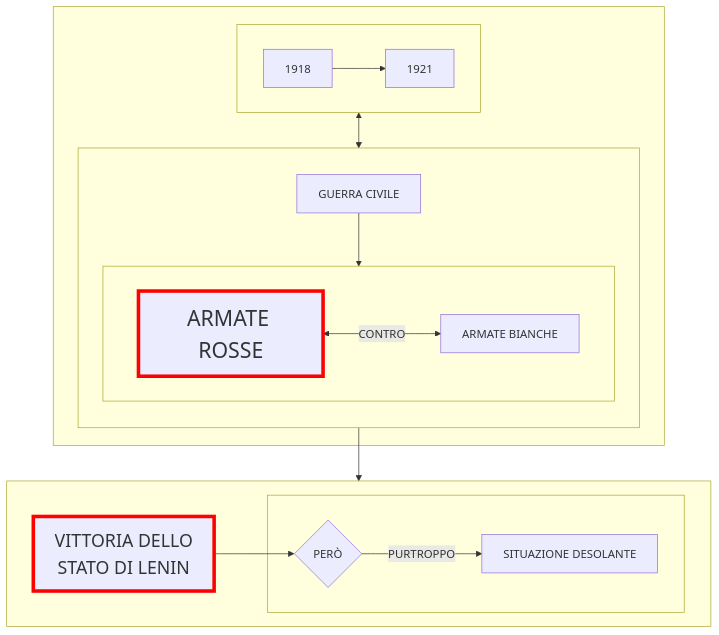
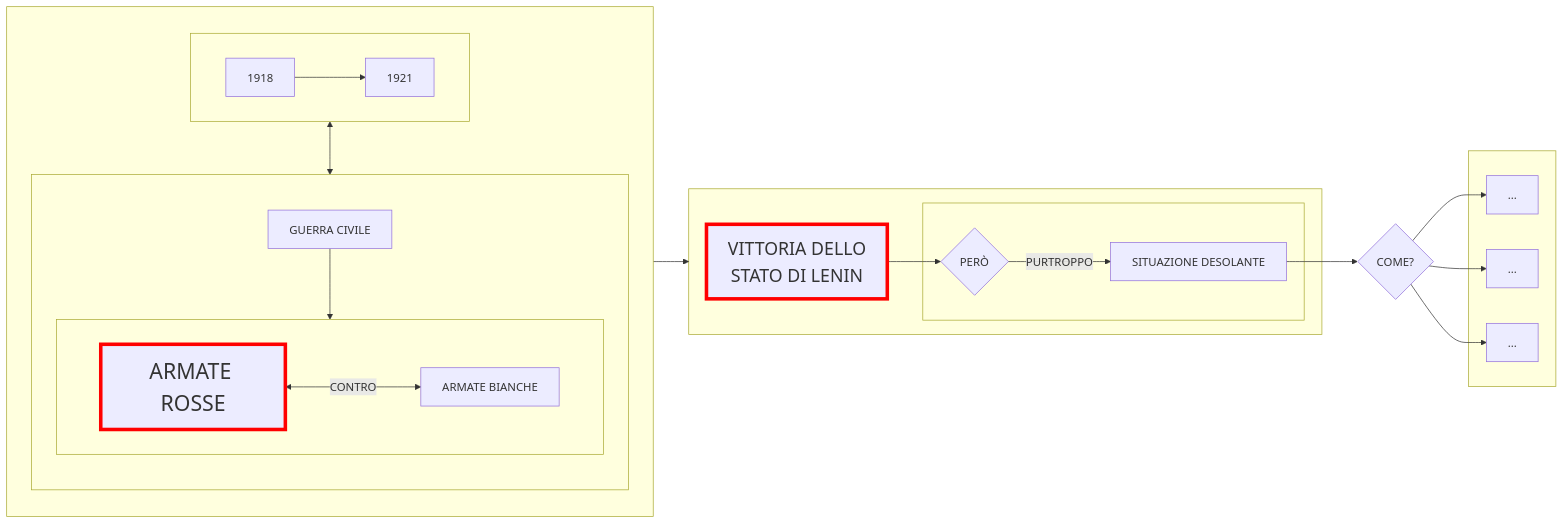
The diagram in prova.md (Laaouatni/ricerca-storia-MermaidJS), drawn with Mermaid before and after one commit.

````diff
--- a/prova.md
+++ b/prova.md
@@ -1,36 +1,47 @@
 ```mermaid
-flowchart TB;
+flowchart LR;
   subgraph 0[" "]
+    direction TB;
     subgraph 01[" "]
       direction LR;
       010[1918]
       011[1921]
       010 --> 011
     end
     01 <--> 02
 
     subgraph 02[" "]
       direction TB;
       020[GUERRA CIVILE]
       subgraph 021[" "]
         direction LR;
         0210[ARMATE ROSSE]
         style 0210 stroke:#ff0000,stroke-width:5px, font-size:30px;
         0211[ARMATE BIANCHE]
         0210 <-->|CONTRO| 0211
       end
       020 --> 021
     end
   end
 
   subgraph 3[" "]
     1[VITTORIA DELLO <BR> STATO DI LENIN]
     style 1 stroke:#ff0000,stroke-width:5px, font-size:25px;
     subgraph 30[" "]
       2{PERÒ}
       20[SITUAZIONE DESOLANTE]
     end
     1 --> 2 -->|PURTROPPO| 20
   end
-  021 --> 3
+  0 --> 3
+
+  4{COME?}
+  20 --> 4
+  subgraph 5[" "]
+    50[...]
+    51[...]
+    53[...]
+  end
+  4 --> 50 & 51 & 53
+
 ```
````
